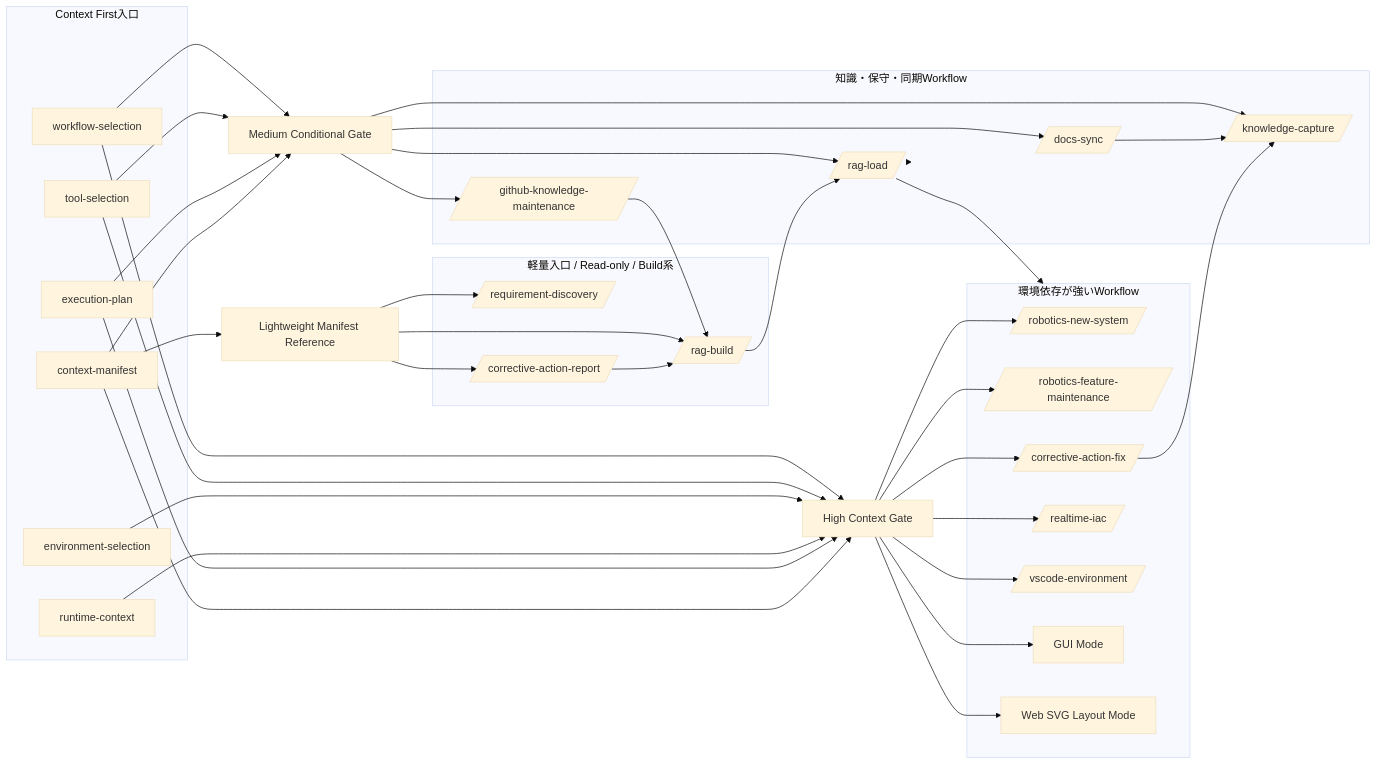
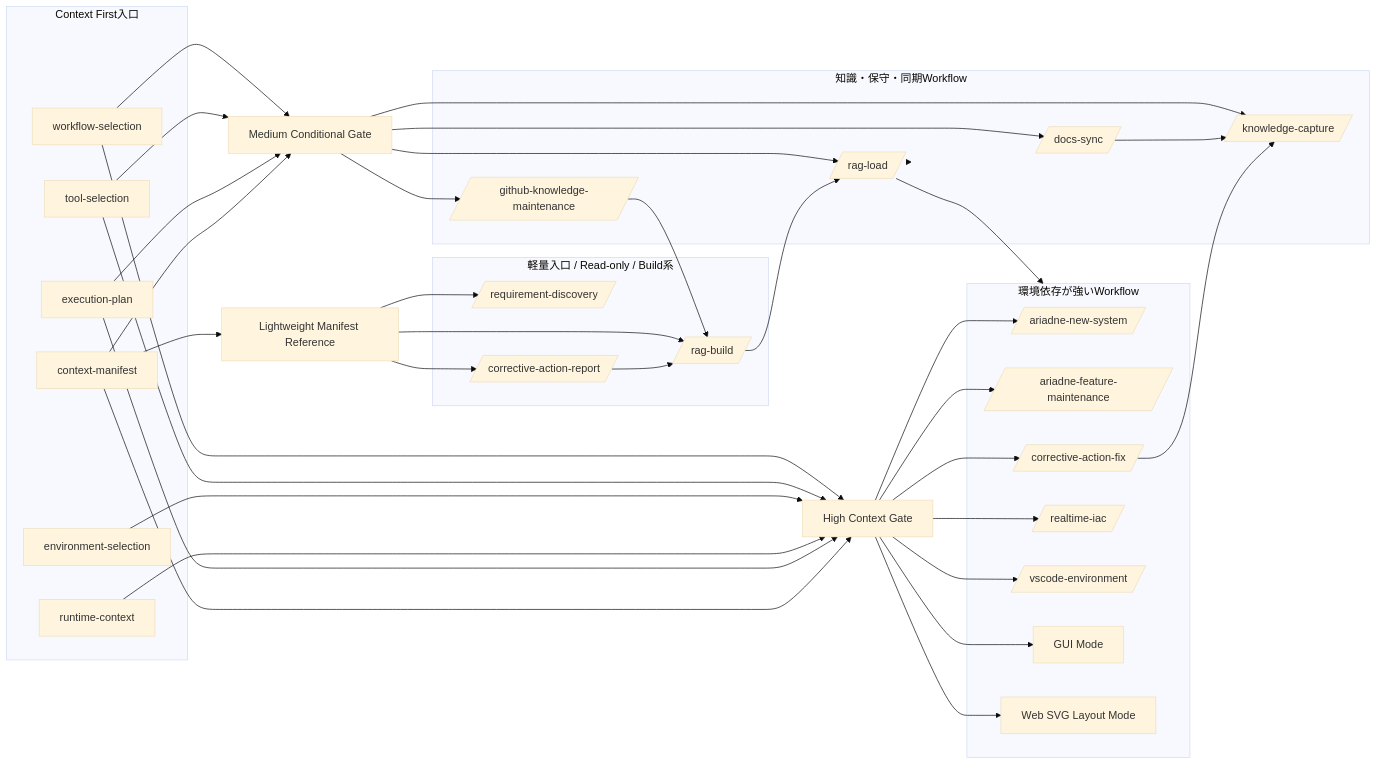
One commit to inabako/ariadne-ai-workflow-platform changed the second of 4 diagrams in docs/diagrams/dispatcher-workflow-map.md. Above: the diagram before and after it, drawn with Mermaid (base theme). The commit also changed other lines of this file and 121 other files, not shown here.

````diff
--- a/docs/diagrams/dispatcher-workflow-map.md
+++ b/docs/diagrams/dispatcher-workflow-map.md
@@ -75,78 +75,78 @@
 ```mermaid
 flowchart LR
   subgraph ContextFirst[Context First入口]
     WFSel[workflow-selection]
     ToolSel[tool-selection]
     EnvSel[environment-selection]
     RuntimeCtx[runtime-context]
     ExecPlan[execution-plan]
     Manifest[context-manifest]
   end
 
   subgraph HighWorkflows[環境依存が強いWorkflow]
-    NewSys[/robotics-new-system/]
-    Feature[/robotics-feature-maintenance/]
+    NewSys[/ariadne-new-system/]
+    Feature[/ariadne-feature-maintenance/]
     Fix[/corrective-action-fix/]
     Iac[/realtime-iac/]
     Vscode[/vscode-environment/]
     Gui[GUI Mode]
     WebSvg[Web SVG Layout Mode]
   end
 
   subgraph MediumWorkflows[知識・保守・同期Workflow]
     Docs[/docs-sync/]
     GhKnowledge[/github-knowledge-maintenance/]
     Capture[/knowledge-capture/]
     RagLoad[/rag-load/]
   end
 
   subgraph LowWorkflows[軽量入口 / Read-only / Build系]
     Requirement[/requirement-discovery/]
     Report[/corrective-action-report/]
     RagBuild[/rag-build/]
   end
 
   HighGate[High Context Gate]
   MediumGate[Medium Conditional Gate]
   LowGate[Lightweight Manifest Reference]
 
   WFSel --> HighGate
   ToolSel --> HighGate
   EnvSel --> HighGate
   RuntimeCtx --> HighGate
   ExecPlan --> HighGate
 
   WFSel --> MediumGate
   ToolSel --> MediumGate
   ExecPlan --> MediumGate
 
   Manifest --> HighGate
   Manifest --> MediumGate
   Manifest --> LowGate
 
   HighGate --> NewSys
   HighGate --> Feature
   HighGate --> Fix
   HighGate --> Iac
   HighGate --> Vscode
   HighGate --> Gui
   HighGate --> WebSvg
 
   MediumGate --> Docs
   MediumGate --> GhKnowledge
   MediumGate --> Capture
   MediumGate --> RagLoad
 
   LowGate --> Requirement
   LowGate --> Report
   LowGate --> RagBuild
 
   Report --> RagBuild
   RagBuild --> RagLoad
   RagLoad --> HighWorkflows
   RagLoad --> MediumWorkflows
 
   Docs --> Capture
   GhKnowledge --> RagBuild
   Fix --> Capture
 ```
````
